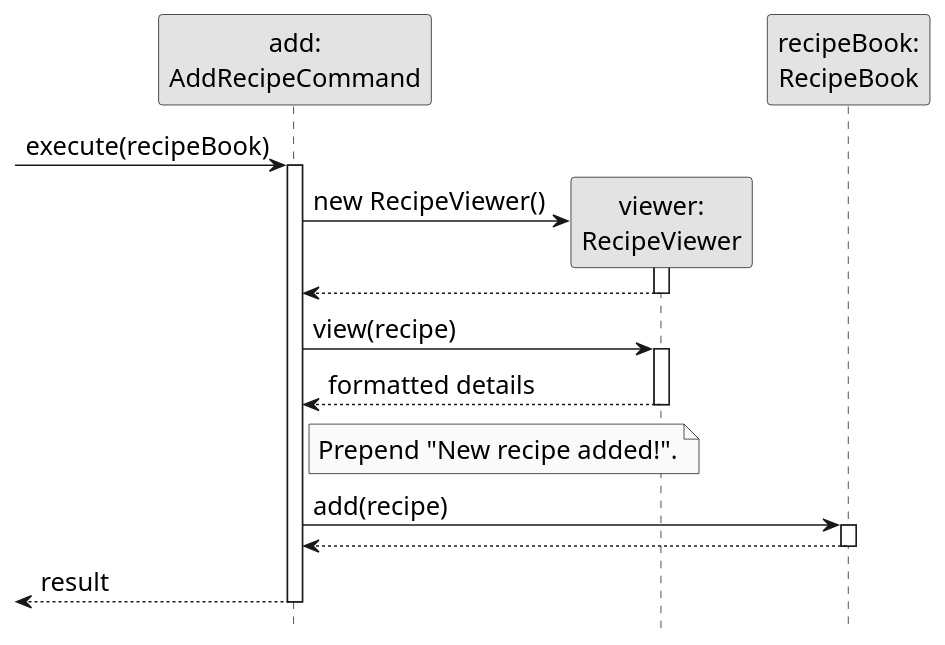
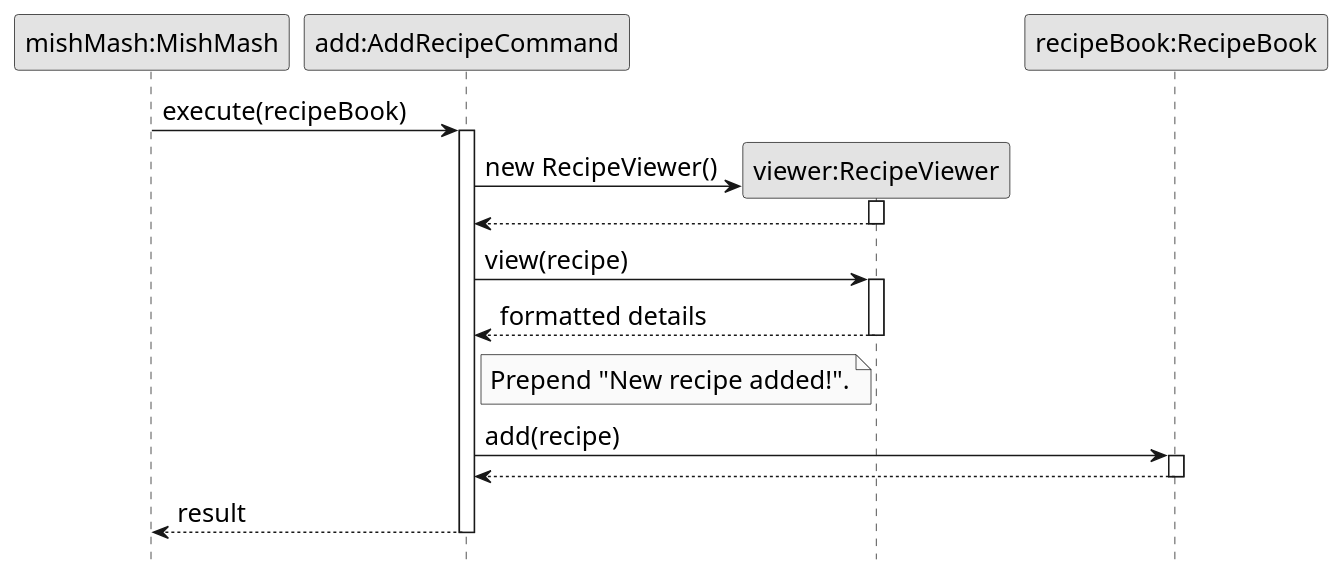
The diagram in docs/diagrams/peilingggg/add-recipe/execution.puml (AY2627S1-CS2113-W13-4/tp), drawn with PlantUML before and after one commit. The commit also changed 90 other files, not shown here.

First line of the commit message:
Align Developer Guide UML with course standard

```diff
--- a/docs/diagrams/peilingggg/add-recipe/execution.puml
+++ b/docs/diagrams/peilingggg/add-recipe/execution.puml
@@ -1,29 +1,30 @@
 @startuml
 skinparam backgroundColor white
 skinparam defaultFontName SansSerif
 skinparam defaultFontSize 17
 skinparam shadowing false
 skinparam monochrome true
 hide footbox
-participant "add:\nAddRecipeCommand" as A
-participant "viewer:\nRecipeViewer" as V
-participant "recipeBook:\nRecipeBook" as B
-[-> A : execute(recipeBook)
+participant "mishMash:MishMash" as App
+participant "add:AddRecipeCommand" as A
+participant "viewer:RecipeViewer" as V
+participant "recipeBook:RecipeBook" as B
+App -> A : execute(recipeBook)
 activate A
 create V
 A -> V : new RecipeViewer()
 activate V
 V --> A
 deactivate V
 A -> V : view(recipe)
 activate V
 V --> A : formatted details
 deactivate V
 note right of A : Prepend "New recipe added!".
 A -> B : add(recipe)
 activate B
 B --> A
 deactivate B
-A -->[ : result
+A --> App : result
 deactivate A
 @enduml
```
